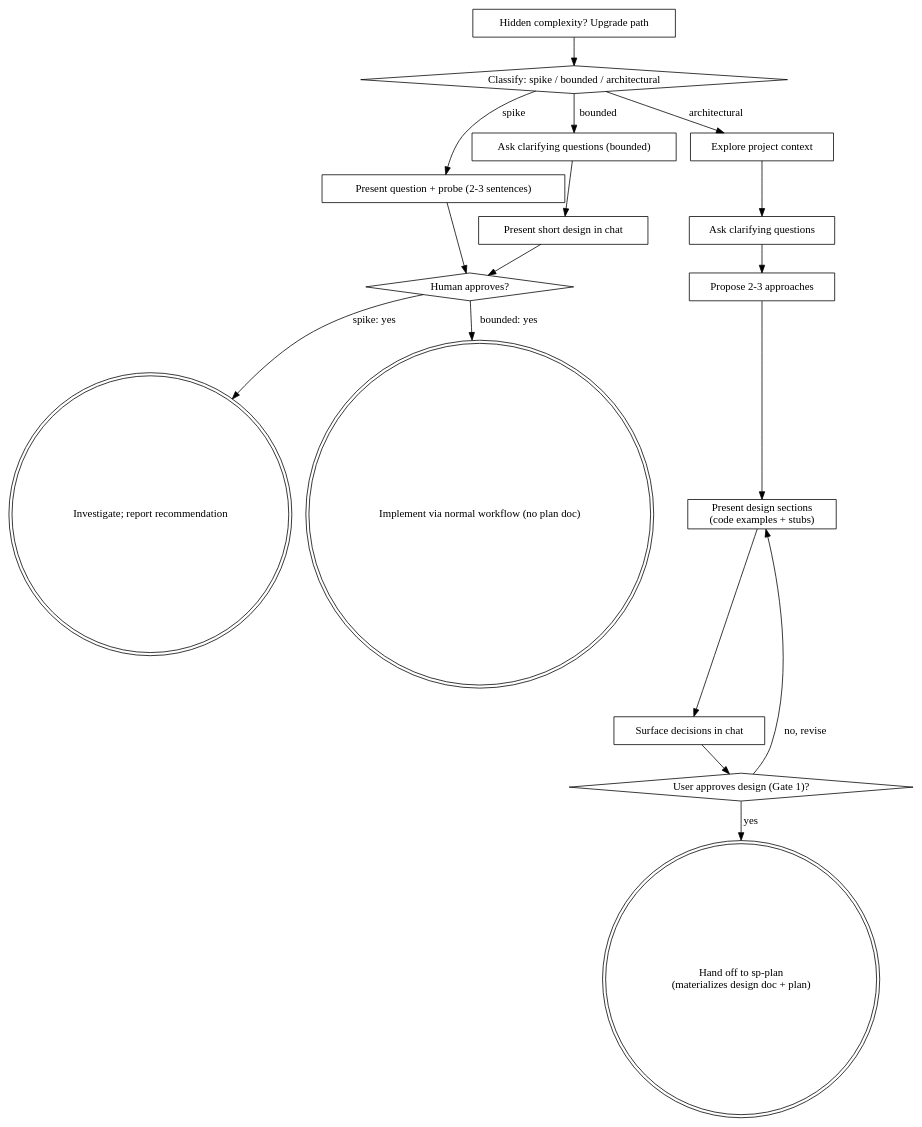
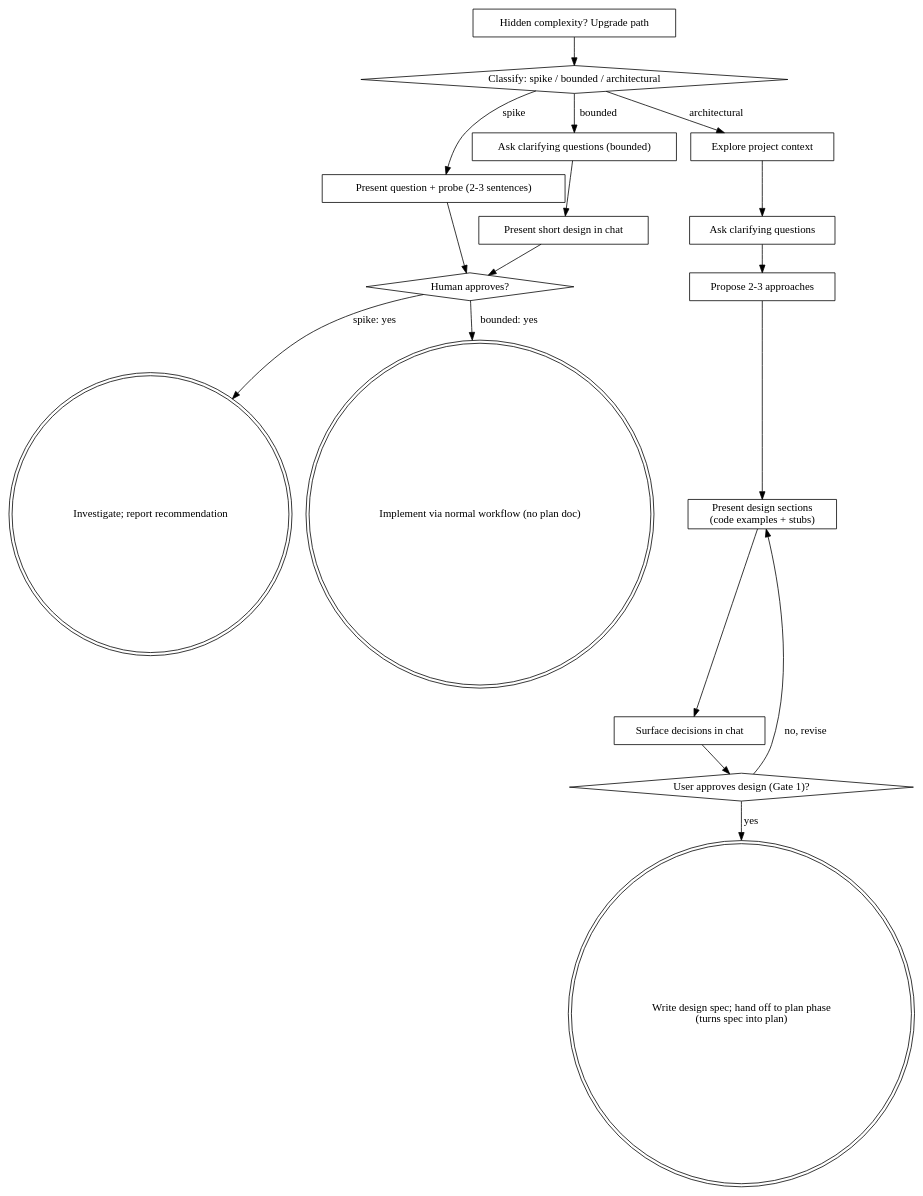
The diagram in skills/brainstorming/SKILL.md (TallJimbo/superpowers), drawn with Graphviz before and after one commit. The commit also changed other lines of this file and 1 other file, not shown here.

Commit message:
Move spec-writing back to design phase.

````diff
--- a/skills/brainstorming/SKILL.md
+++ b/skills/brainstorming/SKILL.md
@@ -109,36 +114,36 @@
 ```dot
 digraph brainstorming {
     "Classify: spike / bounded / architectural" [shape=diamond];
     "Present question + probe (2-3 sentences)" [shape=box];
     "Ask clarifying questions (bounded)" [shape=box];
     "Present short design in chat" [shape=box];
     "Human approves?" [shape=diamond];
     "Investigate; report recommendation" [shape=doublecircle];
     "Implement via normal workflow (no plan doc)" [shape=doublecircle];
     "Explore project context" [shape=box];
     "Ask clarifying questions" [shape=box];
     "Propose 2-3 approaches" [shape=box];
     "Present design sections\n(code examples + stubs)" [shape=box];
     "Surface decisions in chat" [shape=box];
     "User approves design (Gate 1)?" [shape=diamond];
-    "Hand off to sp-plan\n(materializes design doc + plan)" [shape=doublecircle];
+    "Write design spec; hand off to plan phase\n(turns spec into plan)" [shape=doublecircle];
     "Hidden complexity? Upgrade path" [shape=box];
 
     "Classify: spike / bounded / architectural" -> "Present question + probe (2-3 sentences)" [label="spike"];
     "Classify: spike / bounded / architectural" -> "Ask clarifying questions (bounded)" [label="bounded"];
     "Classify: spike / bounded / architectural" -> "Explore project context" [label="architectural"];
     "Present question + probe (2-3 sentences)" -> "Human approves?";
     "Ask clarifying questions (bounded)" -> "Present short design in chat";
     "Present short design in chat" -> "Human approves?";
     "Human approves?" -> "Investigate; report recommendation" [label="spike: yes"];
     "Human approves?" -> "Implement via normal workflow (no plan doc)" [label="bounded: yes"];
     "Hidden complexity? Upgrade path" -> "Classify: spike / bounded / architectural";
     "Explore project context" -> "Ask clarifying questions";
     "Ask clarifying questions" -> "Propose 2-3 approaches";
     "Propose 2-3 approaches" -> "Present design sections\n(code examples + stubs)";
     "Present design sections\n(code examples + stubs)" -> "Surface decisions in chat";
     "Surface decisions in chat" -> "User approves design (Gate 1)?";
     "User approves design (Gate 1)?" -> "Present design sections\n(code examples + stubs)" [label="no, revise"];
-    "User approves design (Gate 1)?" -> "Hand off to sp-plan\n(materializes design doc + plan)" [label="yes"];
+    "User approves design (Gate 1)?" -> "Write design spec; hand off to plan phase\n(turns spec into plan)" [label="yes"];
 }
 ```
````
